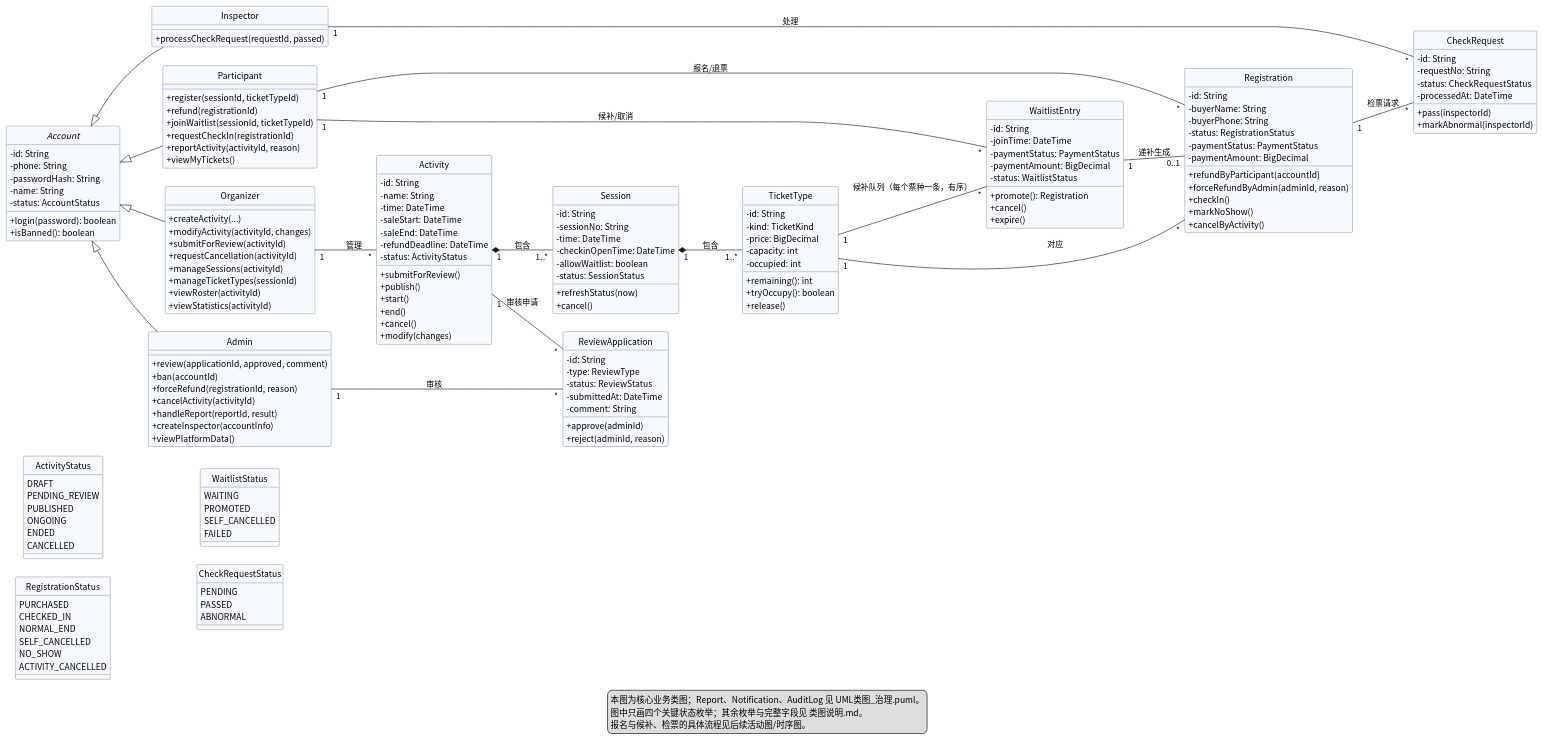
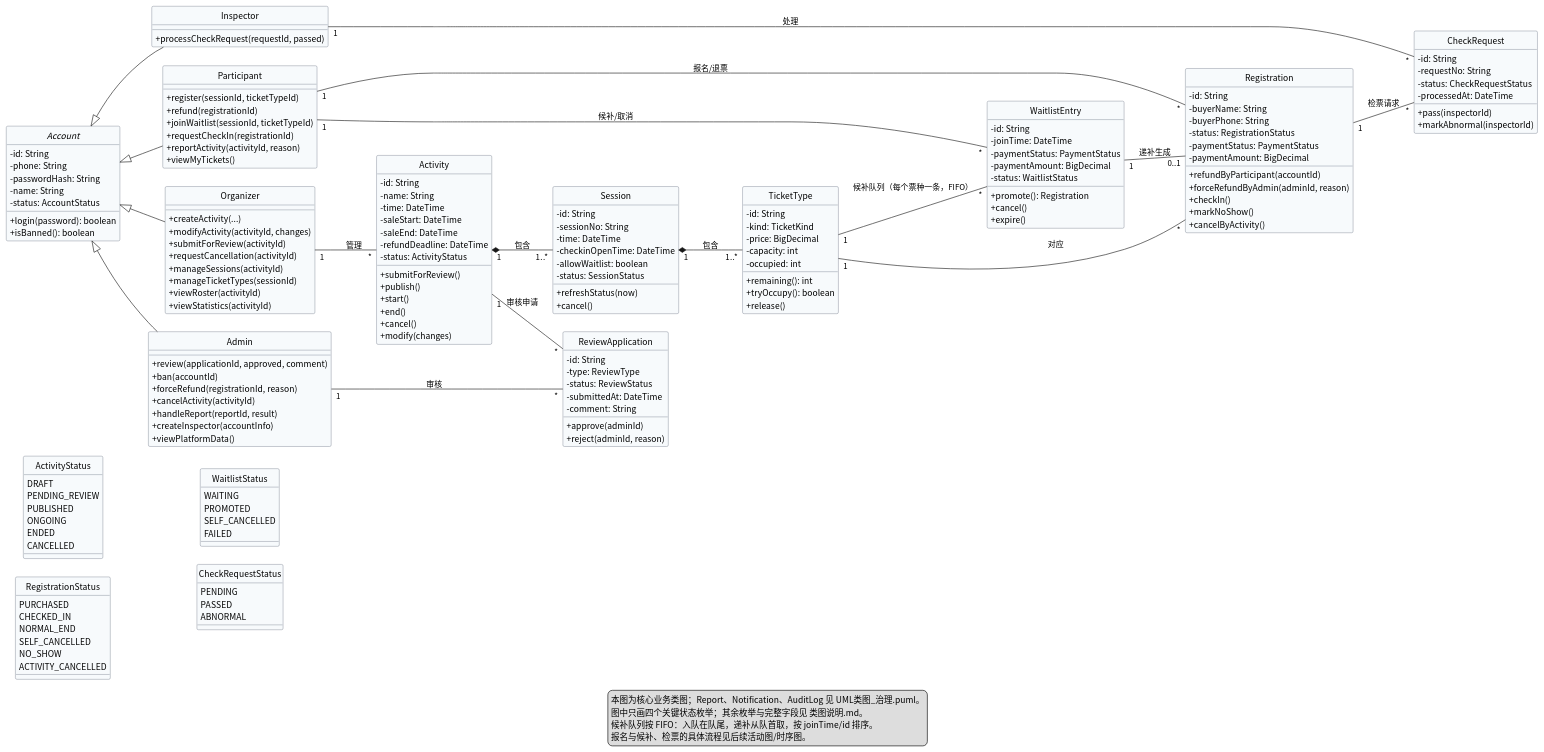
Before and after one commit to Lewis-44-China/se-lab1-requirements: the diagram in lab2/UML/UML类图.puml, drawn with PlantUML. The commit also changed 3 other files, not shown here.

```diff
--- a/lab2/UML/UML类图.puml
+++ b/lab2/UML/UML类图.puml
@@ -1,184 +1,185 @@
 @startuml UML类图
 skinparam classAttributeIconSize 0
 skinparam shadowing false
 skinparam defaultFontName "Noto Sans CJK SC"
 skinparam nodesep 30
 skinparam ranksep 45
 skinparam class {
   BackgroundColor #F7FAFC
   BorderColor #4A5568
 }
 hide circle
 left to right direction
 
 together {
 abstract class Account {
   - id: String
   - phone: String
   - passwordHash: String
   - name: String
   - status: AccountStatus
   + login(password): boolean
   + isBanned(): boolean
 }
 class Participant {
   + register(sessionId, ticketTypeId)
   + refund(registrationId)
   + joinWaitlist(sessionId, ticketTypeId)
   + requestCheckIn(registrationId)
   + reportActivity(activityId, reason)
   + viewMyTickets()
 }
 class Organizer {
   + createActivity(...)
   + modifyActivity(activityId, changes)
   + submitForReview(activityId)
   + requestCancellation(activityId)
   + manageSessions(activityId)
   + manageTicketTypes(sessionId)
   + viewRoster(activityId)
   + viewStatistics(activityId)
 }
 class Inspector {
   + processCheckRequest(requestId, passed)
 }
 class Admin {
   + review(applicationId, approved, comment)
   + ban(accountId)
   + forceRefund(registrationId, reason)
   + cancelActivity(activityId)
   + handleReport(reportId, result)
   + createInspector(accountInfo)
   + viewPlatformData()
 }
 
 }
 class Activity {
   - id: String
   - name: String
   - time: DateTime
   - saleStart: DateTime
   - saleEnd: DateTime
   - refundDeadline: DateTime
   - status: ActivityStatus
   + submitForReview()
   + publish()
   + start()
   + end()
   + cancel()
   + modify(changes)
 }
 class Session {
   - id: String
   - sessionNo: String
   - time: DateTime
   - checkinOpenTime: DateTime
   - allowWaitlist: boolean
   - status: SessionStatus
   + refreshStatus(now)
   + cancel()
 }
 class TicketType {
   - id: String
   - kind: TicketKind
   - price: BigDecimal
   - capacity: int
   - occupied: int
   + remaining(): int
   + tryOccupy(): boolean
   + release()
 }
 class Registration {
   - id: String
   - buyerName: String
   - buyerPhone: String
   - status: RegistrationStatus
   - paymentStatus: PaymentStatus
   - paymentAmount: BigDecimal
   + refundByParticipant(accountId)
   + forceRefundByAdmin(adminId, reason)
   + checkIn()
   + markNoShow()
   + cancelByActivity()
 }
 class WaitlistEntry {
   - id: String
   - joinTime: DateTime
   - paymentStatus: PaymentStatus
   - paymentAmount: BigDecimal
   - status: WaitlistStatus
   + promote(): Registration
   + cancel()
   + expire()
 }
 class CheckRequest {
   - id: String
   - requestNo: String
   - status: CheckRequestStatus
   - processedAt: DateTime
   + pass(inspectorId)
   + markAbnormal(inspectorId)
 }
 class ReviewApplication {
   - id: String
   - type: ReviewType
   - status: ReviewStatus
   - submittedAt: DateTime
   - comment: String
   + approve(adminId)
   + reject(adminId, reason)
 }
 
 enum ActivityStatus {
   DRAFT
   PENDING_REVIEW
   PUBLISHED
   ONGOING
   ENDED
   CANCELLED
 }
 enum RegistrationStatus {
   PURCHASED
   CHECKED_IN
   NORMAL_END
   SELF_CANCELLED
   NO_SHOW
   ACTIVITY_CANCELLED
 }
 enum WaitlistStatus {
   WAITING
   PROMOTED
   SELF_CANCELLED
   FAILED
 }
 enum CheckRequestStatus {
   PENDING
   PASSED
   ABNORMAL
 }
 
 Account <|-- Participant
 Account <|-- Organizer
 Account <|-- Inspector
 Account <|-- Admin
 
 Organizer "1" -- "*" Activity : 管理
 Activity "1" *-- "1..*" Session : 包含
 Session "1" *-- "1..*" TicketType : 包含
 Activity "1" -- "*" ReviewApplication : 审核申请
 Admin "1" -- "*" ReviewApplication : 审核
 
 Participant "1" -- "*" Registration : 报名/退票
 TicketType "1" -- "*" Registration : 对应
 Participant "1" -- "*" WaitlistEntry : 候补/取消
-TicketType "1" -- "*" WaitlistEntry : 候补队列（每个票种一条，有序）
+TicketType "1" -- "*" WaitlistEntry : 候补队列（每个票种一条，FIFO）
 WaitlistEntry "1" -- "0..1" Registration : 递补生成
 Registration "1" -- "*" CheckRequest : 检票请求
 Inspector "1" -- "*" CheckRequest : 处理
 
 legend bottom
   本图为核心业务类图；Report、Notification、AuditLog 见 UML类图_治理.puml。
   图中只画四个关键状态枚举；其余枚举与完整字段见 类图说明.md。
+  候补队列按 FIFO：入队在队尾，递补从队首取，按 joinTime/id 排序。
   报名与候补、检票的具体流程见后续活动图/时序图。
 endlegend
 @enduml
```
